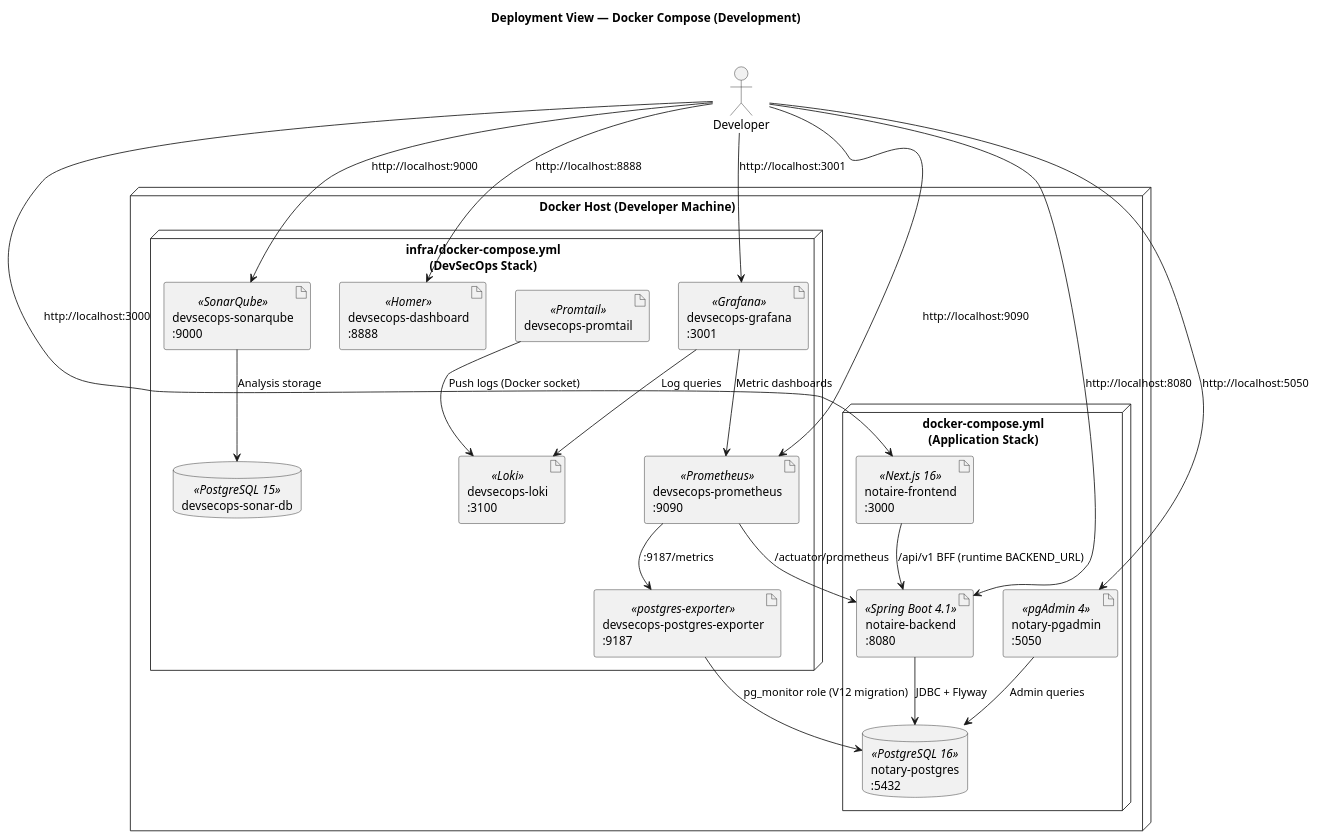
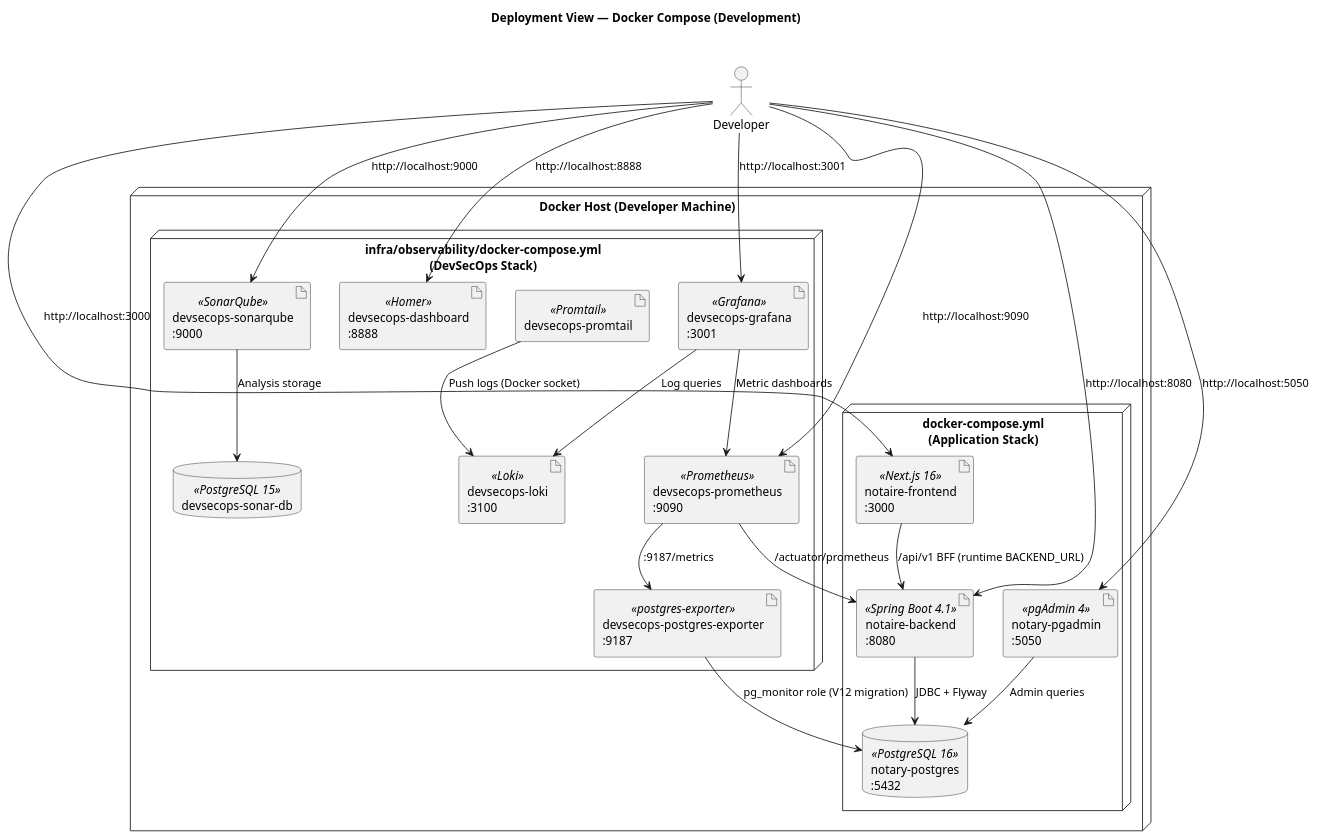
Diagram 12 of 14 in docs/200-architecture/201-SAD/sad.md (matiaspakua/notaire), drawn with PlantUML before and after one commit. The commit also changed other lines of this file and 20 other files, not shown here.

````diff
--- a/docs/200-architecture/201-SAD/sad.md
+++ b/docs/200-architecture/201-SAD/sad.md
@@ -752,48 +752,48 @@
 ```plantuml
 @startuml
 title Deployment View — Docker Compose (Development)
 
 node "Docker Host (Developer Machine)" {
 
   node "docker-compose.yml\n(Application Stack)" {
     artifact "notaire-frontend\n:3000" as FE <<Next.js 16>>
     artifact "notaire-backend\n:8080" as BE <<Spring Boot 4.1>>
     database "notary-postgres\n:5432" as DB <<PostgreSQL 16>>
     artifact "notary-pgadmin\n:5050" as PGA <<pgAdmin 4>>
   }
 
-  node "infra/docker-compose.yml\n(DevSecOps Stack)" {
+  node "infra/observability/docker-compose.yml\n(DevSecOps Stack)" {
     artifact "devsecops-prometheus\n:9090" as Prom <<Prometheus>>
     artifact "devsecops-grafana\n:3001" as Graf <<Grafana>>
     artifact "devsecops-loki\n:3100" as Loki <<Loki>>
     artifact "devsecops-promtail" as Tail <<Promtail>>
     artifact "devsecops-sonarqube\n:9000" as Sonar <<SonarQube>>
     artifact "devsecops-postgres-exporter\n:9187" as PGExp <<postgres-exporter>>
     artifact "devsecops-dashboard\n:8888" as Homer <<Homer>>
     database "devsecops-sonar-db" as SonarDB <<PostgreSQL 15>>
   }
 }
 
 actor "Developer" as Dev
 
 Dev --> FE : http://localhost:3000
 Dev --> BE : http://localhost:8080
 Dev --> PGA : http://localhost:5050
 Dev --> Graf : http://localhost:3001
 Dev --> Prom : http://localhost:9090
 Dev --> Sonar : http://localhost:9000
 Dev --> Homer : http://localhost:8888
 
 FE --> BE : /api/v1 BFF (runtime BACKEND_URL)
 BE --> DB : JDBC + Flyway
 PGA --> DB : Admin queries
 
 Prom --> BE : /actuator/prometheus
 Prom --> PGExp : :9187/metrics
 PGExp --> DB : pg_monitor role (V12 migration)
 Tail --> Loki : Push logs (Docker socket)
 Graf --> Prom : Metric dashboards
 Graf --> Loki : Log queries
 Sonar --> SonarDB : Analysis storage
 @enduml
 ```
````
